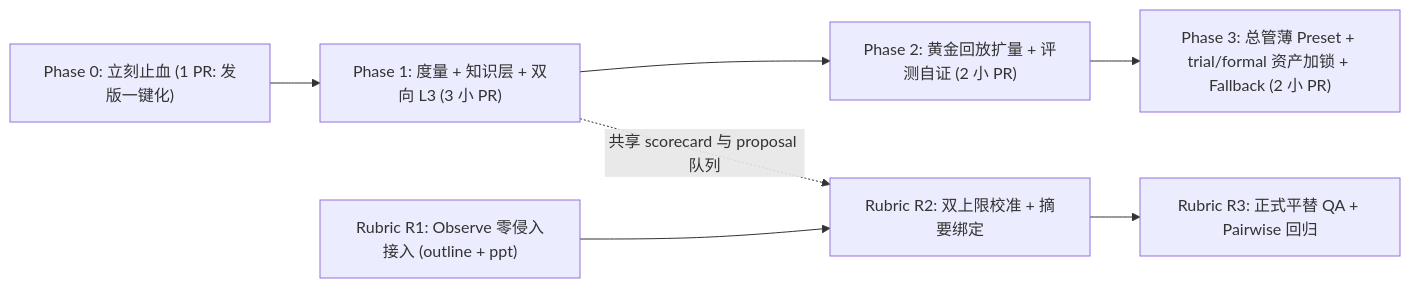
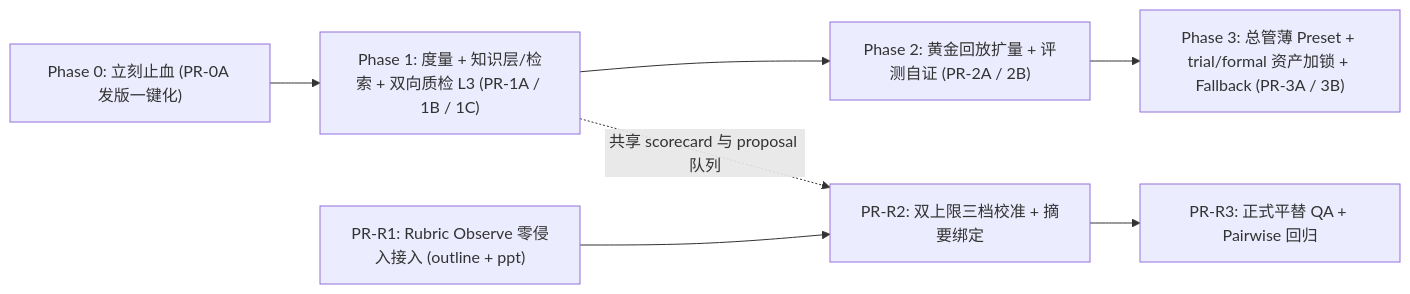
The diagram in docs/compound-agent-staged-pr-plan-20261127.md (scottzx/agent-workflow), drawn with Mermaid before and after one commit. The commit also changed other lines of this file and 3 other files, not shown here.

````diff
--- a/docs/compound-agent-staged-pr-plan-20261127.md
+++ b/docs/compound-agent-staged-pr-plan-20261127.md
@@ -16,10 +17,10 @@
 ```mermaid
 flowchart LR
-    P0["Phase 0: 立刻止血 (1 PR: 发版一键化)"] --> P1["Phase 1: 度量 + 知识层 + 双向 L3 (3 小 PR)"]
-    P1 --> P2["Phase 2: 黄金回放扩量 + 评测自证 (2 小 PR)"]
-    P2 --> P3["Phase 3: 总管薄 Preset + trial/formal 资产加锁 + Fallback (2 小 PR)"]
+    P0["Phase 0: 立刻止血 (PR-0A 发版一键化)"] --> P1["Phase 1: 度量 + 知识层/检索 + 双向质检 L3 (PR-1A / 1B / 1C)"]
+    P1 --> P2["Phase 2: 黄金回放扩量 + 评测自证 (PR-2A / 2B)"]
+    P2 --> P3["Phase 3: 总管薄 Preset + trial/formal 资产加锁 + Fallback (PR-3A / 3B)"]
 
-    R1["Rubric R1: Observe 零侵入接入 (outline + ppt)"] --> R2["Rubric R2: 双上限校准 + 摘要绑定"]
-    R2 --> R3["Rubric R3: 正式平替 QA + Pairwise 回归"]
-    P1 -. "共享 scorecard 与 proposal 队列" .-> R2
+    PRR1["PR-R1: Rubric Observe 零侵入接入 (outline + ppt)"] --> PRR2["PR-R2: 双上限三档校准 + 摘要绑定"]
+    PRR2 --> PRR3["PR-R3: 正式平替 QA + Pairwise 回归"]
+    P1 -. "共享 scorecard 与 proposal 队列" .-> PRR2
 ```
````
